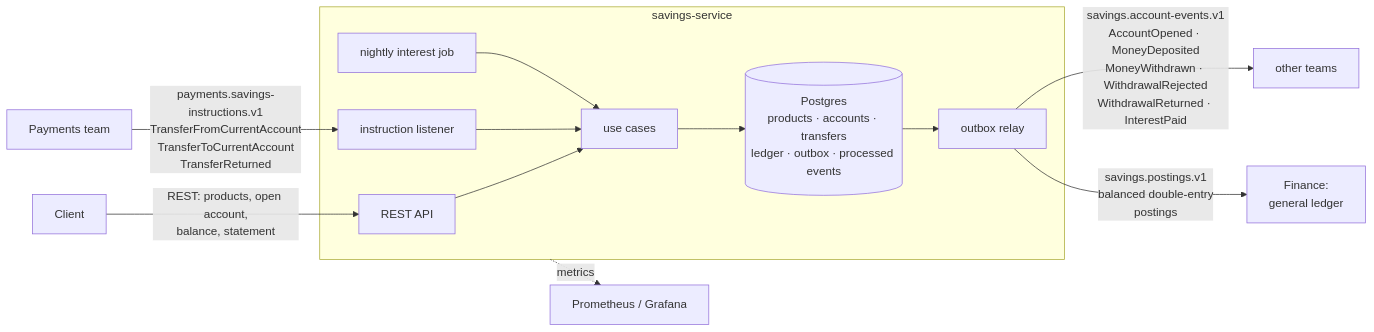
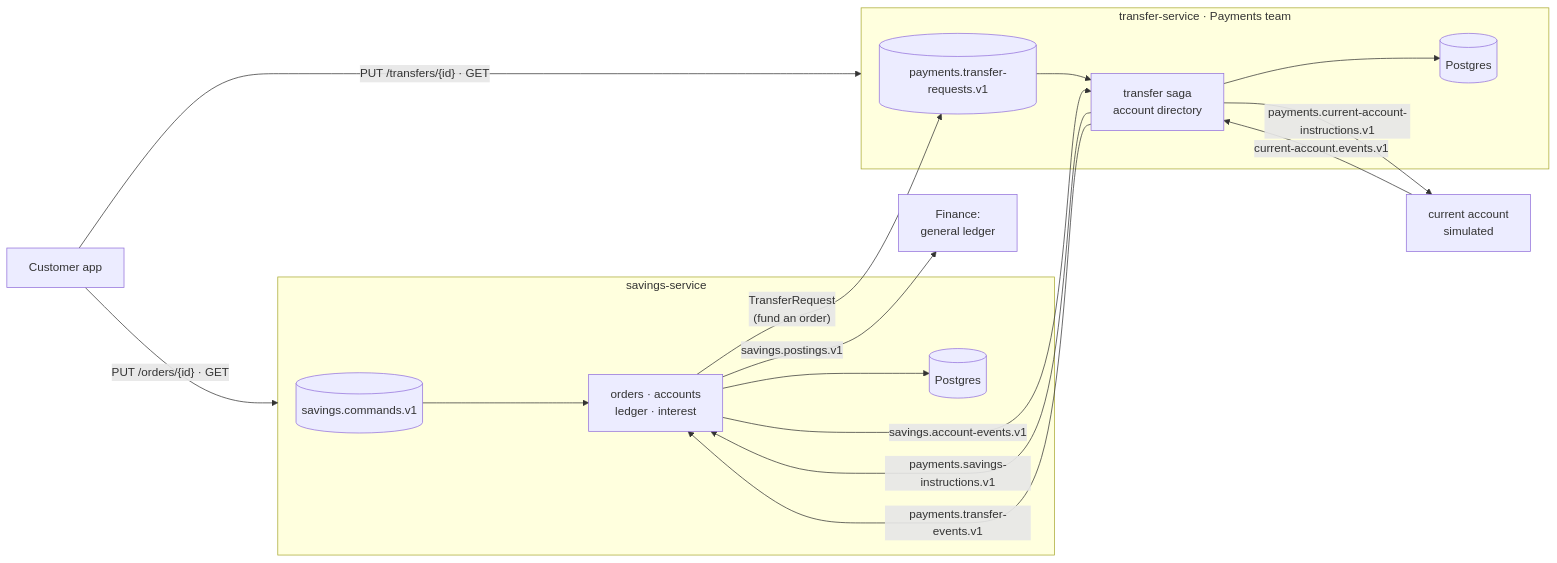
The first of 2 diagrams in README.md (Acidream/inv_sample), drawn with Mermaid before and after one commit. The commit also changed other lines of this file and 114 other files, not shown here.

First line of the commit message:
feat: transfer service and ordering savings products

````diff
--- a/README.md
+++ b/README.md
@@ -9,15 +10,23 @@
 ```mermaid
 flowchart LR
-    Client -- "REST: products, open account,<br/>balance, statement" --> API
-    P[Payments team] -- "payments.savings-instructions.v1<br/>TransferFromCurrentAccount<br/>TransferToCurrentAccount<br/>TransferReturned" --> L
+    App[Customer app]
     subgraph S [savings-service]
-        API[REST API] --> UC[use cases]
-        L[instruction listener] --> UC
-        J[nightly interest job] --> UC
-        UC --> DB[(Postgres<br/>products · accounts · transfers<br/>ledger · outbox · processed events)]
-        DB --> R[outbox relay]
+        SC[(savings.commands.v1)] --> SA[orders · accounts<br/>ledger · interest]
+        SA --> SDB[(Postgres)]
     end
-    R -- "savings.account-events.v1<br/>AccountOpened · MoneyDeposited<br/>MoneyWithdrawn · WithdrawalRejected<br/>WithdrawalReturned · InterestPaid" --> C[other teams]
-    R -- "savings.postings.v1<br/>balanced double-entry<br/>postings" --> F[Finance:<br/>general ledger]
-    S -. metrics .-> Prom[Prometheus / Grafana]
+    subgraph T [transfer-service · Payments team]
+        TR[(payments.transfer-requests.v1)] --> TS[transfer saga<br/>account directory]
+        TS --> TDB[(Postgres)]
+    end
+    CA[current account<br/>simulated]
+
+    App -- "PUT /orders/{id} · GET" --> S
+    App -- "PUT /transfers/{id} · GET" --> T
+    SA -- "TransferRequest<br/>(fund an order)" --> TR
+    TS -- "payments.savings-instructions.v1" --> SA
+    SA -- "savings.account-events.v1" --> TS
+    TS -- "payments.current-account-instructions.v1" --> CA
+    CA -- "current-account.events.v1" --> TS
+    TS -- "payments.transfer-events.v1" --> SA
+    SA -- "savings.postings.v1" --> F[Finance:<br/>general ledger]
 ```
````
